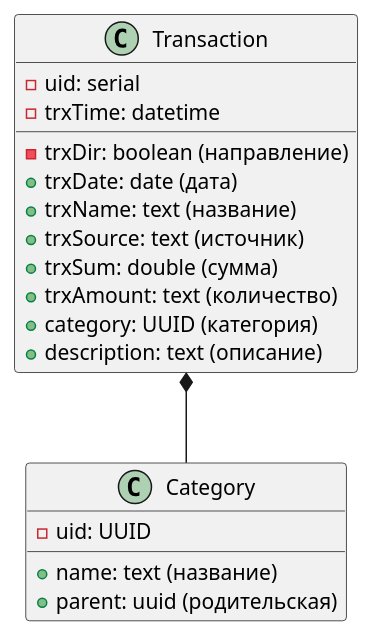
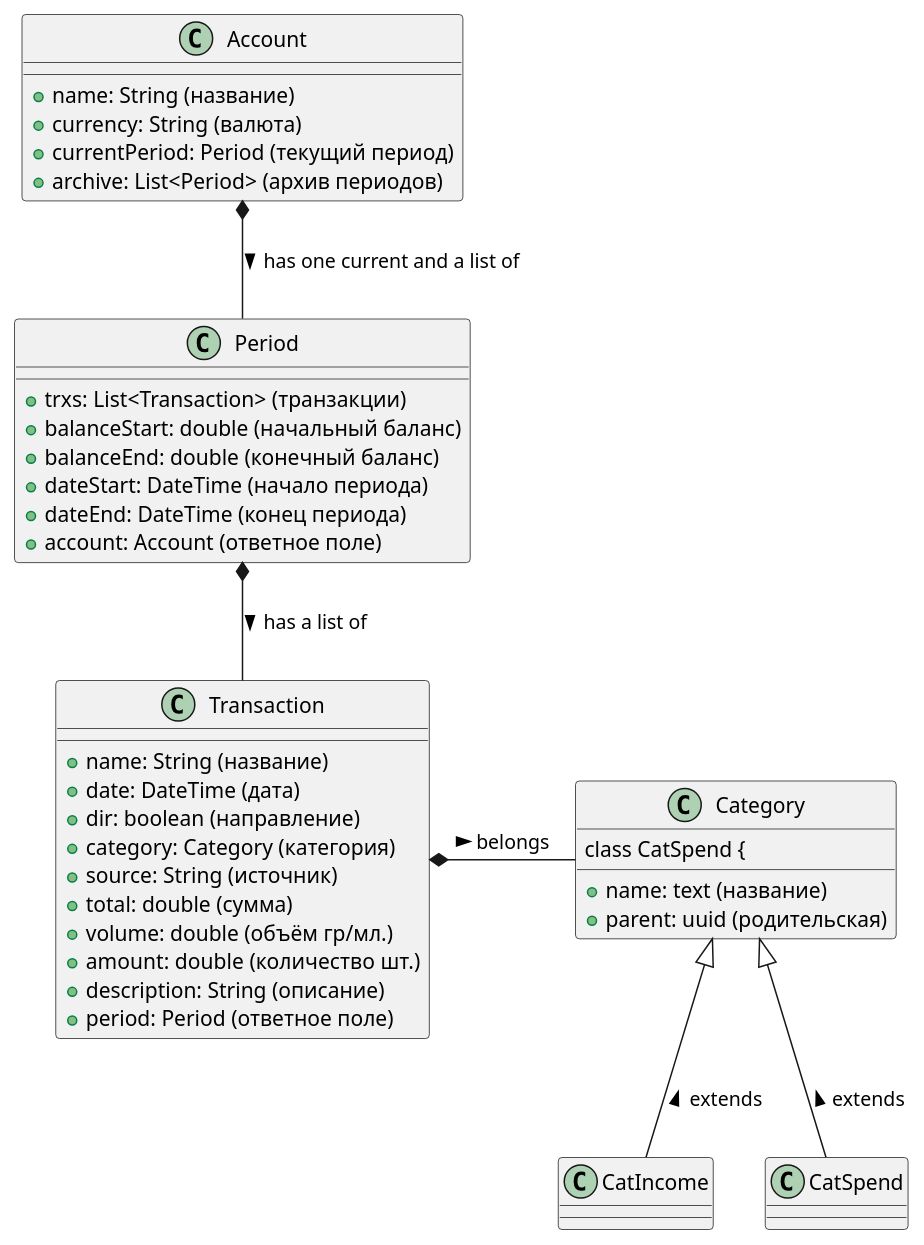
Before and after one commit to Ivan-Igorevich/YAAP: the diagram in _datamodel.puml, drawn with PlantUML. The commit also changed 4 other files, not shown here.

```diff
--- a/_datamodel.puml
+++ b/_datamodel.puml
@@ -1,24 +1,51 @@
 @startuml
 
+class Account {
+	+name: String (название)
+	+currency: String (валюта)
+	+currentPeriod: Period (текущий период)
+	+archive: List<Period> (архив периодов)
+}
+
+class Period {
+	+trxs: List<Transaction> (транзакции)
+	+balanceStart: double (начальный баланс)
+	+balanceEnd: double (конечный баланс)
+	+dateStart: DateTime (начало периода)
+	+dateEnd: DateTime (конец периода)
+	+account: Account (ответное поле)
+}
+
 class Transaction {
-	-uid: serial
-	-trxTime: datetime
-	-trxDir: boolean (направление)
-	+trxDate: date (дата)
-	+trxName: text (название)
-	+trxSource: text (источник)
-	+trxSum: double (сумма)
-	+trxAmount: text (количество)
-	+category: UUID (категория)
-	+description: text (описание)
+	+name: String (название)
+	+date: DateTime (дата)
+	+dir: boolean (направление)
+	+category: Category (категория)
+	+source: String (источник)
+	+total: double (сумма)
+	+volume: double (объём гр/мл.)
+	+amount: double (количество шт.)
+	+description: String (описание)
+	+period: Period (ответное поле)
 }
 
 class Category {
-	-uid: UUID
 	+name: text (название)
 	+parent: uuid (родительская)
+
+
+class CatSpend {
+
 }
 
-Transaction *-down- Category
+class CatIncome {
+
+}
+
+Account *-down- Period : has one current and a list of >
+Period *-down- Transaction : has a list of >
+Transaction *-right- Category : belongs >
+Category <|-- CatSpend : < extends
+Category <|-- CatIncome : < extends
 
 @enduml
```
